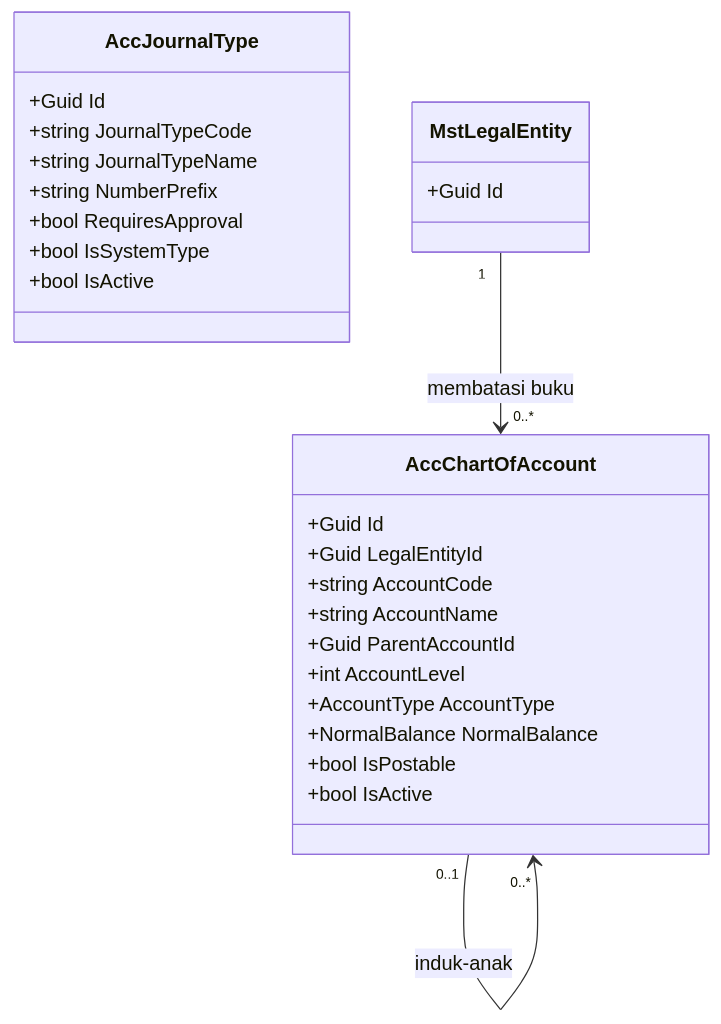
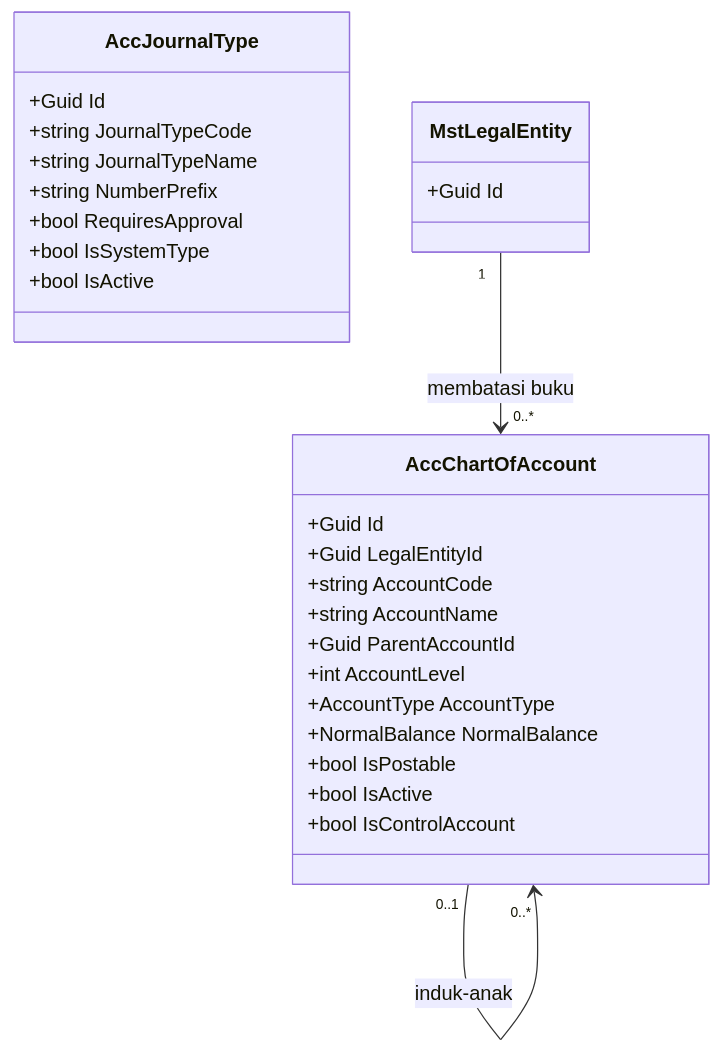
One commit to DevBenari/NewQuilvianSystemBackend changed the first of 7 diagrams in docs/module-blueprints/accounting/02-backend-architecture.md. Above: the diagram before and after it, drawn with Mermaid. The commit also changed other lines of this file and 13 other files, not shown here.

````diff
--- a/docs/module-blueprints/accounting/02-backend-architecture.md
+++ b/docs/module-blueprints/accounting/02-backend-architecture.md
@@ -151,29 +151,30 @@
 ```mermaid
 classDiagram
     class AccChartOfAccount {
         +Guid Id
         +Guid LegalEntityId
         +string AccountCode
         +string AccountName
         +Guid ParentAccountId
         +int AccountLevel
         +AccountType AccountType
         +NormalBalance NormalBalance
         +bool IsPostable
         +bool IsActive
+        +bool IsControlAccount
     }
     class AccJournalType {
         +Guid Id
         +string JournalTypeCode
         +string JournalTypeName
         +string NumberPrefix
         +bool RequiresApproval
         +bool IsSystemType
         +bool IsActive
     }
     class MstLegalEntity {
         +Guid Id
     }
     MstLegalEntity "1" --> "0..*" AccChartOfAccount : membatasi buku
     AccChartOfAccount "0..1" --> "0..*" AccChartOfAccount : induk-anak
 ```
````
